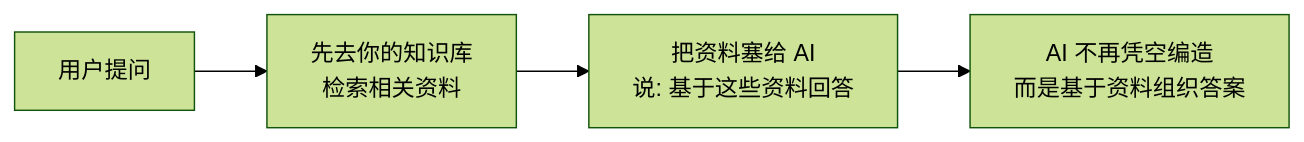
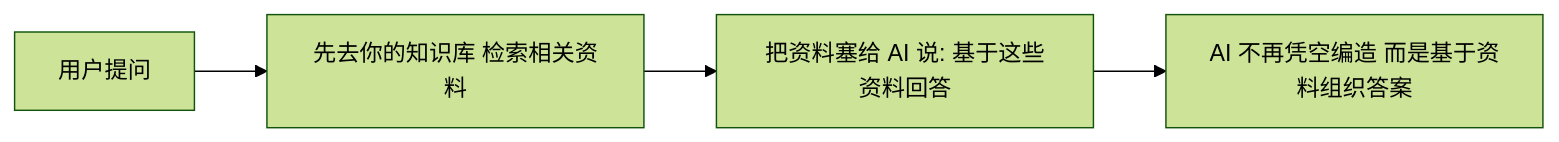
Before and after one commit to fuzhengwei/CodeGuide: diagram 26 of 32 in docs/md/ai/ai-llm.md, drawn with Mermaid (forest theme). The commit also changed other lines of this file, not shown here.

````diff
--- a/docs/md/ai/ai-llm.md
+++ b/docs/md/ai/ai-llm.md
@@ -1067,6 +1067,6 @@
 ```mermaid
 graph LR
-    A[用户提问] --> B["先去你的知识库<br/>检索相关资料"]
-    B --> C["把资料塞给 AI<br/>说: 基于这些资料回答"]
-    C --> D["AI 不再凭空编造<br/>而是基于资料组织答案"]
+    A[用户提问] --> B["先去你的知识库 检索相关资料"]
+    B --> C["把资料塞给 AI 说: 基于这些资料回答"]
+    C --> D["AI 不再凭空编造 而是基于资料组织答案"]
 ```
````
